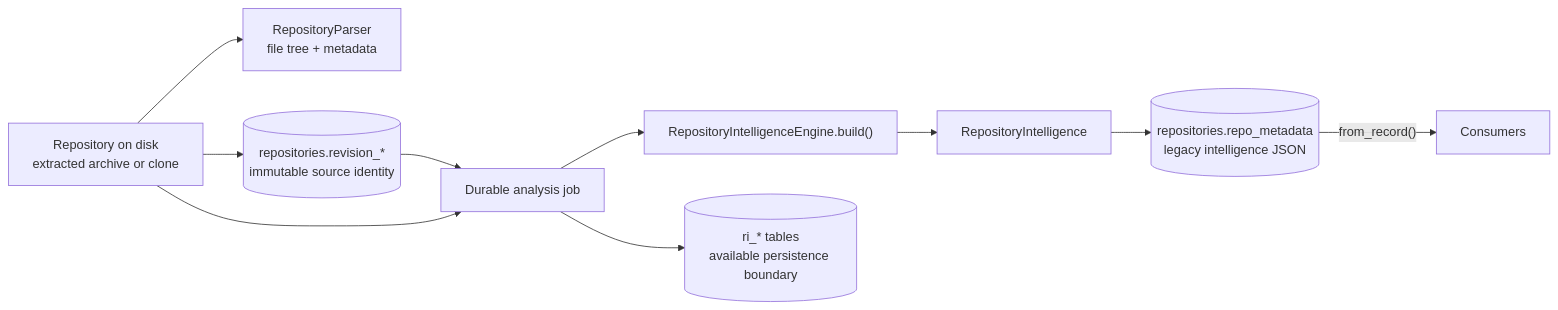
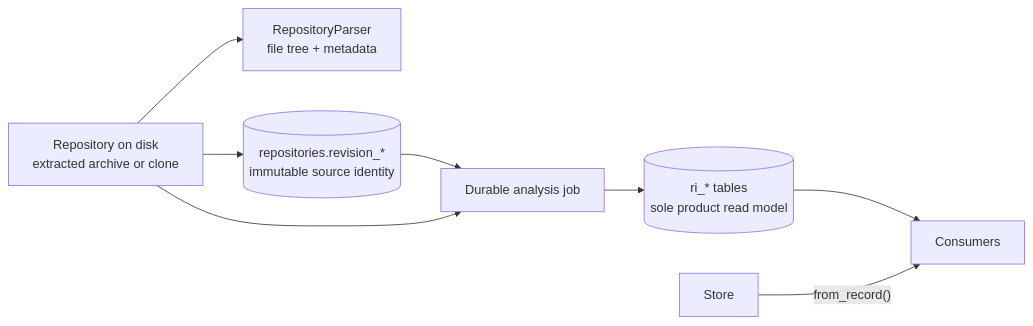
Before and after one commit to Second-Origin/PARTHA: the diagram in docs/architecture/REPOSITORY_INTELLIGENCE.md, drawn with Mermaid. The commit also changed other lines of this file and 35 other files, not shown here.

Commit message:
feat(intelligence): seal repository read model

````diff
--- a/docs/architecture/REPOSITORY_INTELLIGENCE.md
+++ b/docs/architecture/REPOSITORY_INTELLIGENCE.md
@@ -50,19 +47,15 @@
 ```mermaid
 flowchart LR
     Root["Repository on disk<br/>extracted archive or clone"]
     Parser["RepositoryParser<br/>file tree + metadata"]
-    Engine["RepositoryIntelligenceEngine.build()"]
-    Model["RepositoryIntelligence"]
-    Store[("repositories.repo_metadata<br/>legacy intelligence JSON")]
     Revision[("repositories.revision_*<br/>immutable source identity")]
-    Snapshot[("ri_* tables<br/>available persistence boundary")]
+    Snapshot[("ri_* tables<br/>sole product read model")]
     Consumers["Consumers"]
 
     Root --> Parser
     Root --> Revision
     Revision --> Job["Durable analysis job"]
     Root --> Job
-    Job --> Snapshot
-    Job --> Engine --> Model --> Store
+    Job --> Snapshot --> Consumers
     Store -->|"from_record()"| Consumers
 ```
````
